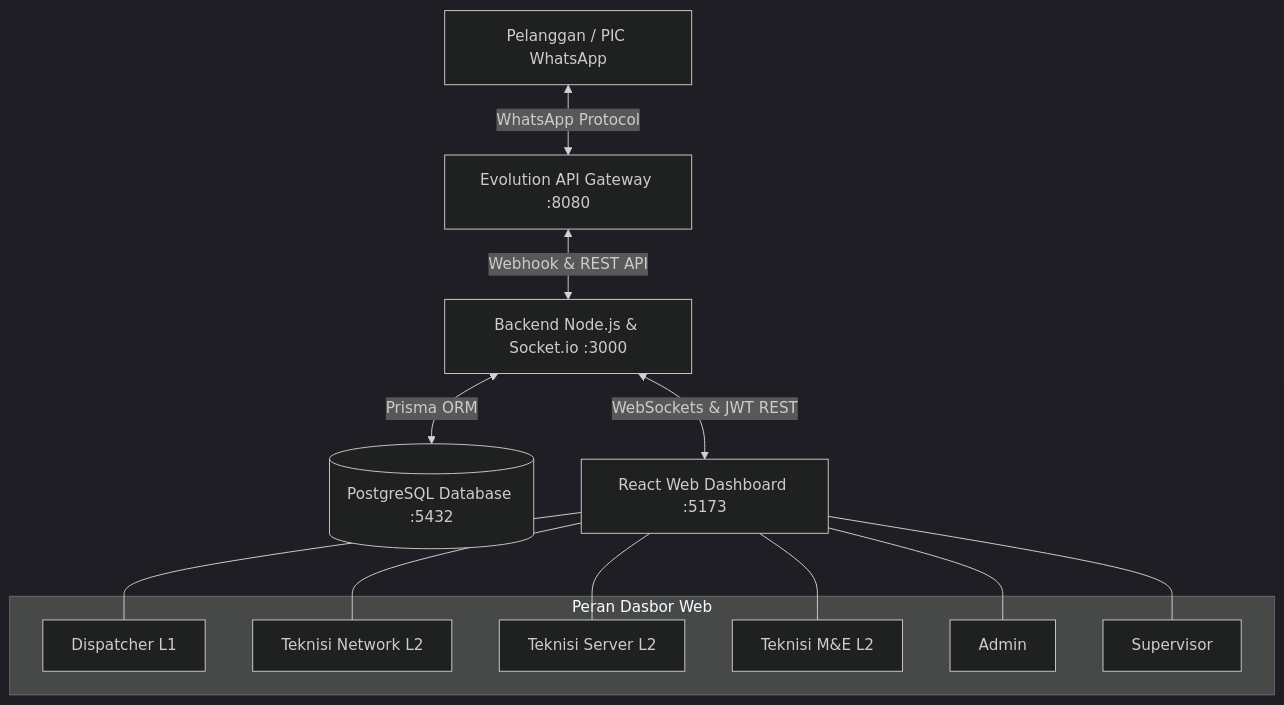
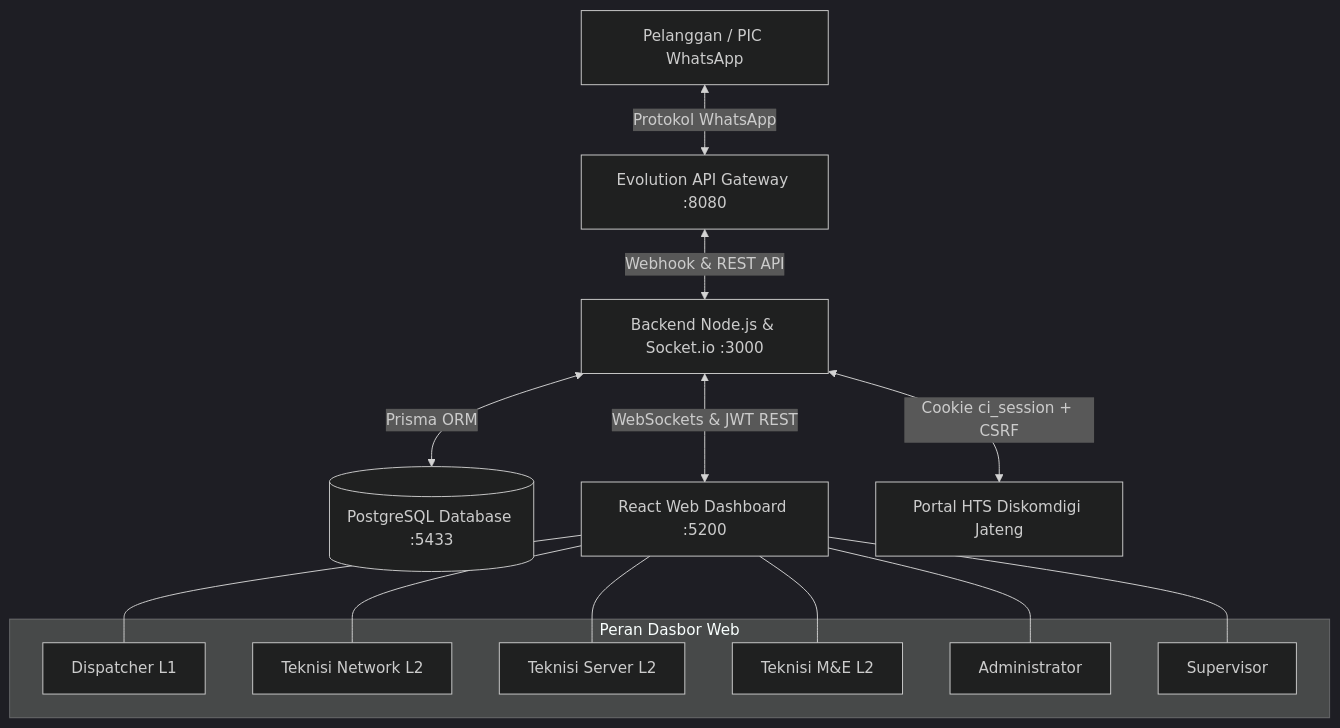
One commit to llaurensius/hts-chat-integration changed the diagram in README.md. Above: the diagram before and after it, drawn with Mermaid (dark theme). The commit also changed other lines of this file and 9 other files, not shown here.

````diff
--- a/README.md
+++ b/README.md
@@ -78,23 +68,24 @@
 ```mermaid
 flowchart TD
-    PIC[Pelanggan / PIC WhatsApp] <-->|WhatsApp Protocol| EVO[Evolution API Gateway :8080]
+    PIC[Pelanggan / PIC WhatsApp] <-->|Protokol WhatsApp| EVO[Evolution API Gateway :8080]
     EVO <-->|Webhook & REST API| BE[Backend Node.js & Socket.io :3000]
-    BE <-->|Prisma ORM| DB[(PostgreSQL Database :5432)]
-    BE <-->|WebSockets & JWT REST| FE[React Web Dashboard :5173]
+    BE <-->|Prisma ORM| DB[(PostgreSQL Database :5433)]
+    BE <-->|WebSockets & JWT REST| FE[React Web Dashboard :5200]
+    BE <-->|Cookie ci_session + CSRF| HTS[Portal HTS Diskomdigi Jateng]
     
     subgraph Dashboard Web [Peran Dasbor Web]
         L1[Dispatcher L1]
         L2_NET[Teknisi Network L2]
         L2_SRV[Teknisi Server L2]
         L2_ME[Teknisi M&E L2]
-        ADM[Admin]
+        ADM[Administrator]
         SPV[Supervisor]
     end
     
     FE --- L1
     FE --- L2_NET
     FE --- L2_SRV
     FE --- L2_ME
     FE --- ADM
     FE --- SPV
 ```
````
